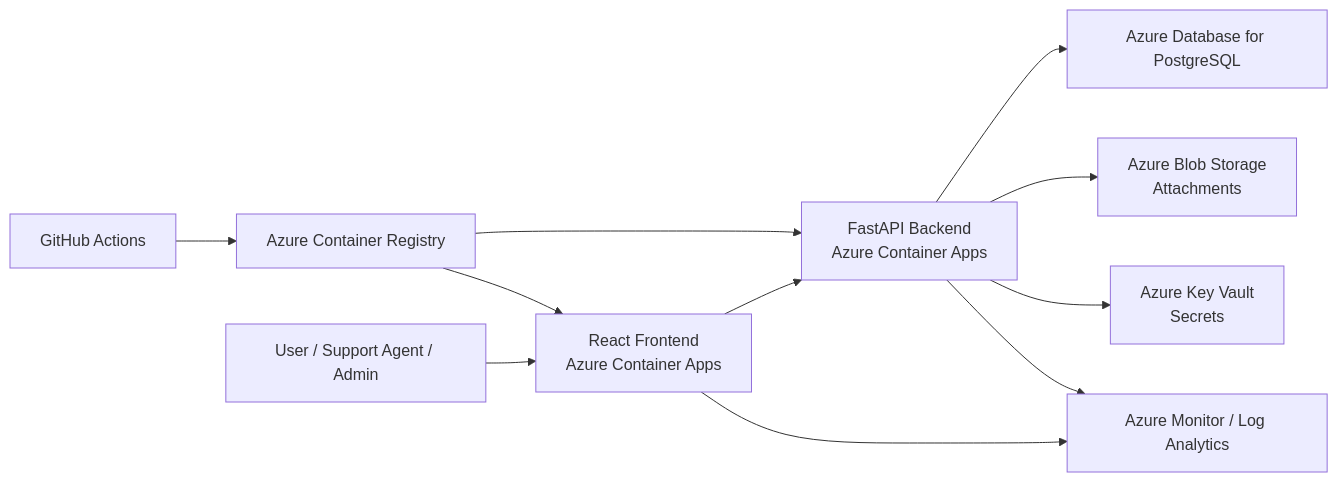
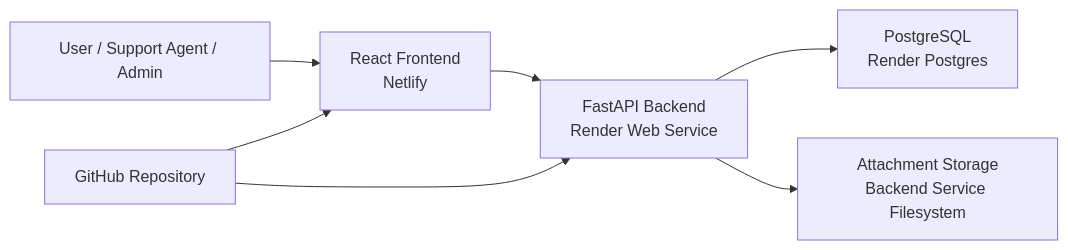
One commit to OussamaELKASMI/PaaS-Solution-Helpdesk-app changed the diagram in PROJECT_PLAN.md. Above: the diagram before and after it, drawn with Mermaid. The commit also changed other lines of this file and 4 other files, not shown here.

````diff
--- a/PROJECT_PLAN.md
+++ b/PROJECT_PLAN.md
@@ -60,13 +64,9 @@
 ```mermaid
 flowchart LR
-    U["User / Support Agent / Admin"] --> FE["React Frontend<br/>Azure Container Apps"]
-    FE --> API["FastAPI Backend<br/>Azure Container Apps"]
-    API --> DB["Azure Database for PostgreSQL"]
-    API --> BLB["Azure Blob Storage<br/>Attachments"]
-    API --> KV["Azure Key Vault<br/>Secrets"]
-    FE --> MON["Azure Monitor / Log Analytics"]
-    API --> MON
-    GH["GitHub Actions"] --> ACR["Azure Container Registry"]
-    ACR --> FE
-    ACR --> API
+    U["User / Support Agent / Admin"] --> FE["React Frontend<br/>Netlify"]
+    FE --> API["FastAPI Backend<br/>Render Web Service"]
+    API --> DB["PostgreSQL<br/>Render Postgres"]
+    API --> FS["Attachment Storage<br/>Backend Service Filesystem"]
+    GH["GitHub Repository"] --> FE
+    GH --> API
 ```
````
